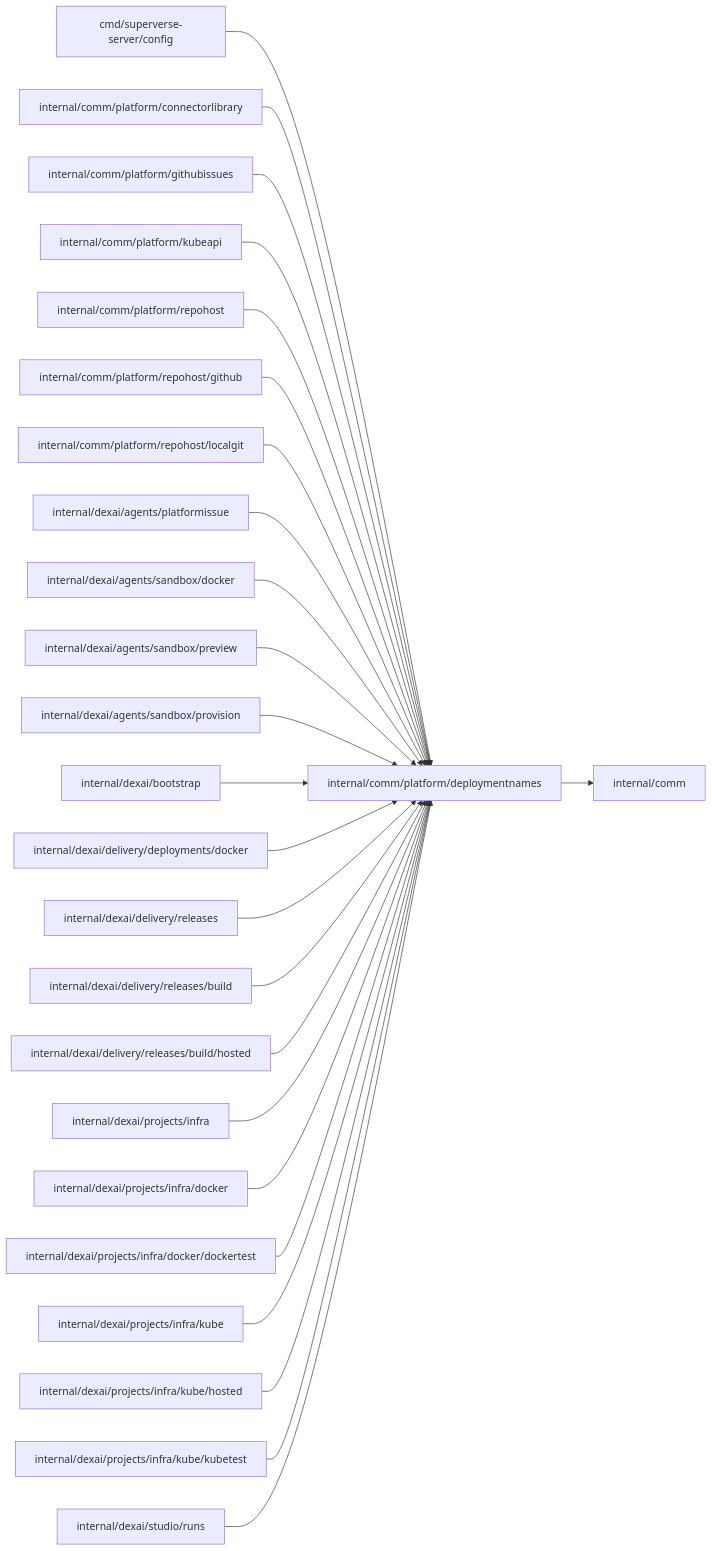
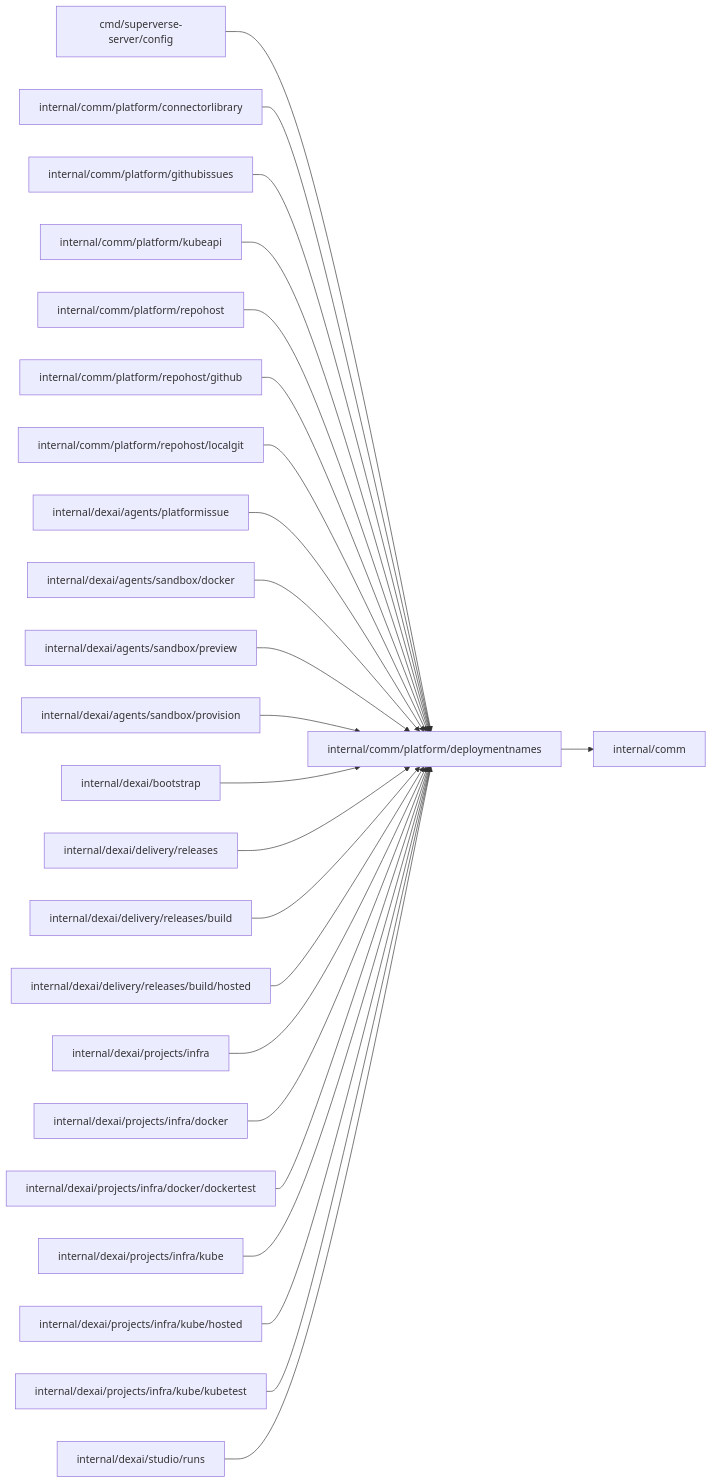
Before and after one commit to superdurable/superverse: the diagram in internal/comm/platform/deploymentnames/README.md, drawn with Mermaid. The commit also changed other lines of this file and 127 other files, not shown here.

````diff
--- a/internal/comm/platform/deploymentnames/README.md
+++ b/internal/comm/platform/deploymentnames/README.md
@@ -10,28 +10,27 @@
 ```mermaid
 flowchart LR
   self["internal/comm/platform/deploymentnames"]
   c0["cmd/superverse-server/config"] --> self
   c1["internal/comm/platform/connectorlibrary"] --> self
   c2["internal/comm/platform/githubissues"] --> self
   c3["internal/comm/platform/kubeapi"] --> self
   c4["internal/comm/platform/repohost"] --> self
   c5["internal/comm/platform/repohost/github"] --> self
   c6["internal/comm/platform/repohost/localgit"] --> self
   c7["internal/dexai/agents/platformissue"] --> self
   c8["internal/dexai/agents/sandbox/docker"] --> self
   c9["internal/dexai/agents/sandbox/preview"] --> self
   c10["internal/dexai/agents/sandbox/provision"] --> self
   c11["internal/dexai/bootstrap"] --> self
-  c12["internal/dexai/delivery/deployments/docker"] --> self
-  c13["internal/dexai/delivery/releases"] --> self
-  c14["internal/dexai/delivery/releases/build"] --> self
-  c15["internal/dexai/delivery/releases/build/hosted"] --> self
-  c16["internal/dexai/projects/infra"] --> self
-  c17["internal/dexai/projects/infra/docker"] --> self
-  c18["internal/dexai/projects/infra/docker/dockertest"] --> self
-  c19["internal/dexai/projects/infra/kube"] --> self
-  c20["internal/dexai/projects/infra/kube/hosted"] --> self
-  c21["internal/dexai/projects/infra/kube/kubetest"] --> self
-  c22["internal/dexai/studio/runs"] --> self
+  c12["internal/dexai/delivery/releases"] --> self
+  c13["internal/dexai/delivery/releases/build"] --> self
+  c14["internal/dexai/delivery/releases/build/hosted"] --> self
+  c15["internal/dexai/projects/infra"] --> self
+  c16["internal/dexai/projects/infra/docker"] --> self
+  c17["internal/dexai/projects/infra/docker/dockertest"] --> self
+  c18["internal/dexai/projects/infra/kube"] --> self
+  c19["internal/dexai/projects/infra/kube/hosted"] --> self
+  c20["internal/dexai/projects/infra/kube/kubetest"] --> self
+  c21["internal/dexai/studio/runs"] --> self
   self --> d0["internal/comm"]
 ```
````
